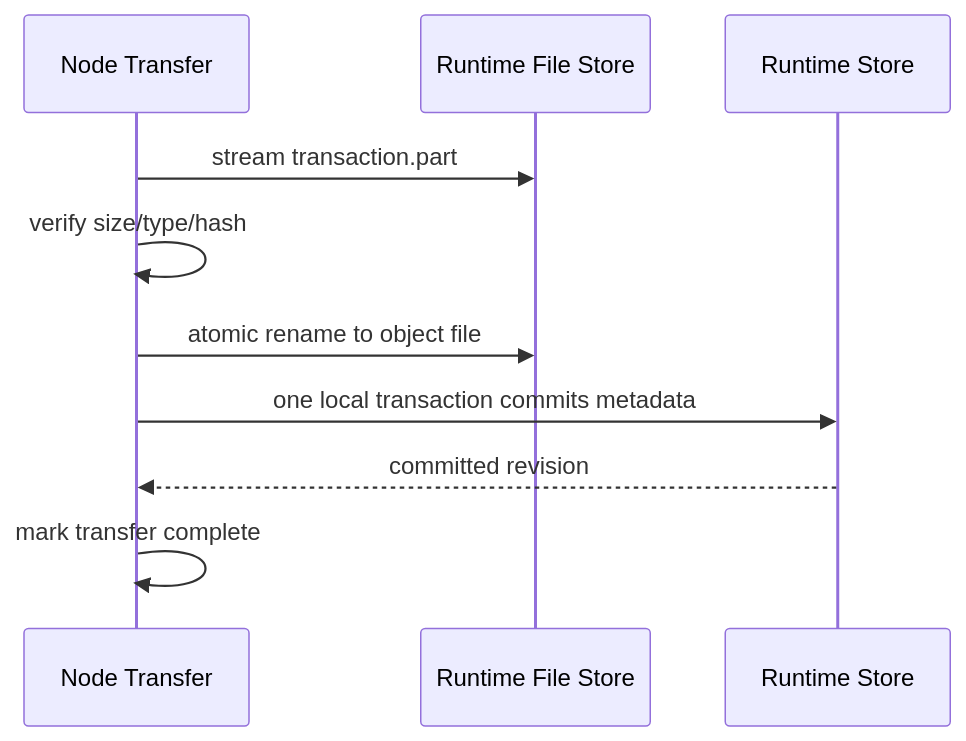
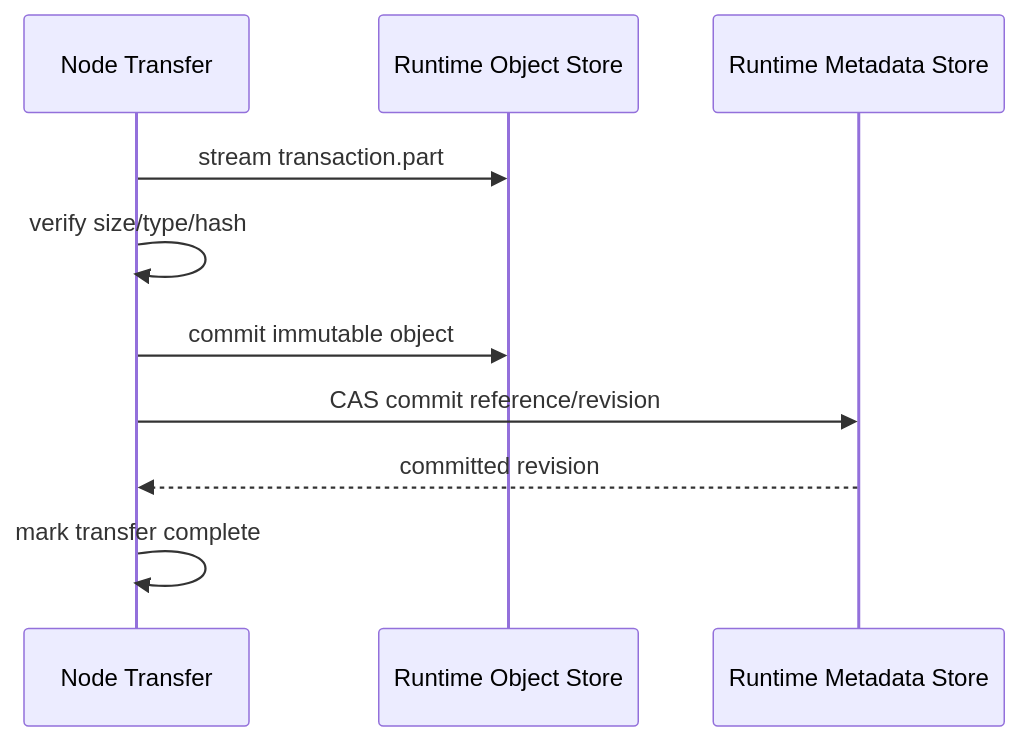
One commit to lingy-Mg/mg_read changed the first of 2 diagrams in docs/architecture/06-domain-data-cache-downloads.md. Above: the diagram before and after it, drawn with Mermaid. The commit also changed other lines of this file and 14 other files, not shown here.

````diff
--- a/docs/architecture/06-domain-data-cache-downloads.md
+++ b/docs/architecture/06-domain-data-cache-downloads.md
@@ -122,13 +119,13 @@
 ```mermaid
 sequenceDiagram
     participant N as Node Transfer
-    participant FS as Runtime File Store
-    participant DB as Runtime Store
+    participant O as Runtime Object Store
+    participant M as Runtime Metadata Store
 
-    N->>FS: stream transaction.part
+    N->>O: stream transaction.part
     N->>N: verify size/type/hash
-    N->>FS: atomic rename to object file
-    N->>DB: one local transaction commits metadata
-    DB-->>N: committed revision
+    N->>O: commit immutable object
+    N->>M: CAS commit reference/revision
+    M-->>N: committed revision
     N->>N: mark transfer complete
 ```
````
